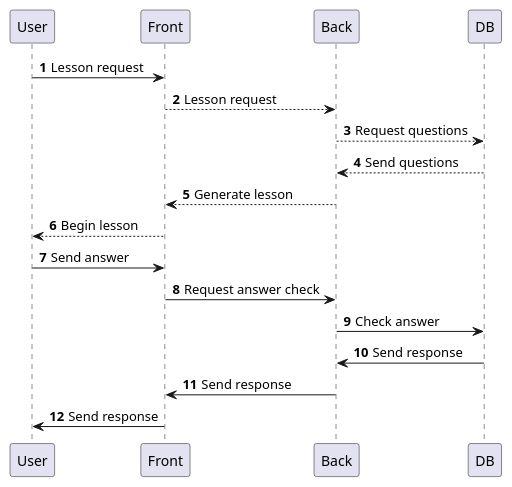
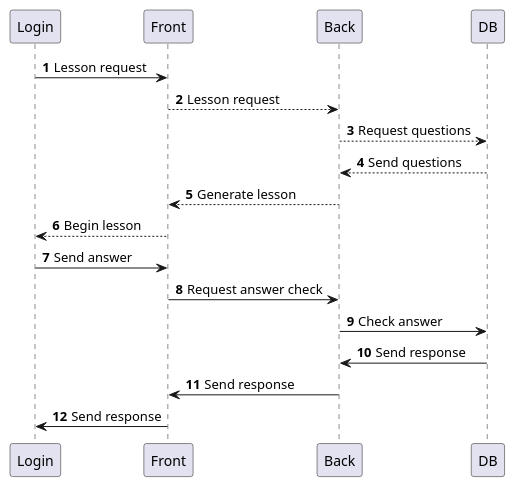
One commit to ArdentxX/LanguageApp changed the diagram in Diagram.puml. Above: the diagram before and after it, drawn with PlantUML. The commit also changed 13 other files, not shown here.

```diff
--- a/Diagram.puml
+++ b/Diagram.puml
@@ -1,20 +1,20 @@
 @startuml
 'https://plantuml.com/sequence-diagram
 
 autonumber
 
-User -> Front:  Lesson request
+Login -> Front:  Lesson request
 Front --> Back: Lesson request
 Back-->DB: Request questions
 DB-->Back: Send questions
 Back-->Front: Generate lesson
-Front-->User: Begin lesson
+Front-->Login: Begin lesson
 
-User->Front: Send answer
+Login->Front: Send answer
 Front->Back: Request answer check
 Back->DB: Check answer
 DB->Back: Send response
 Back->Front: Send response
-Front->User: Send response
+Front->Login: Send response
 
 @enduml
```
